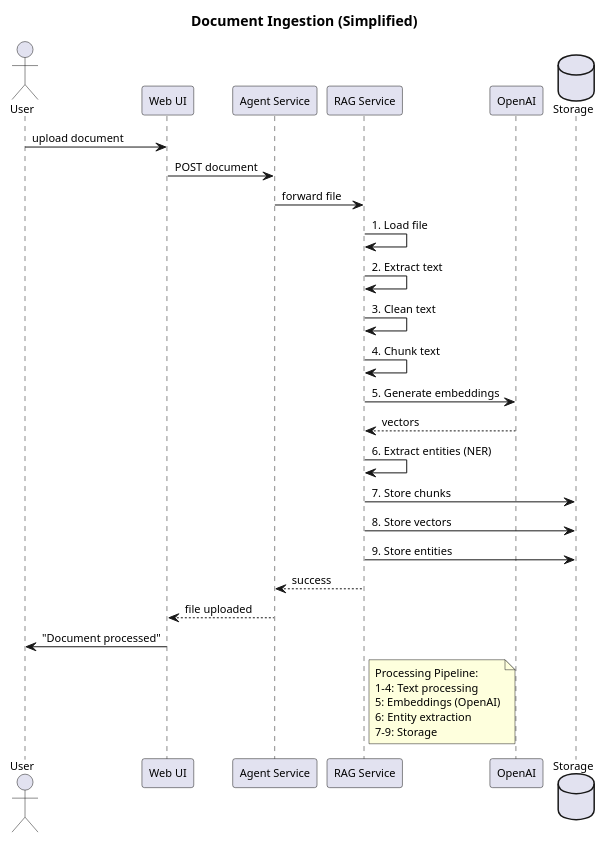
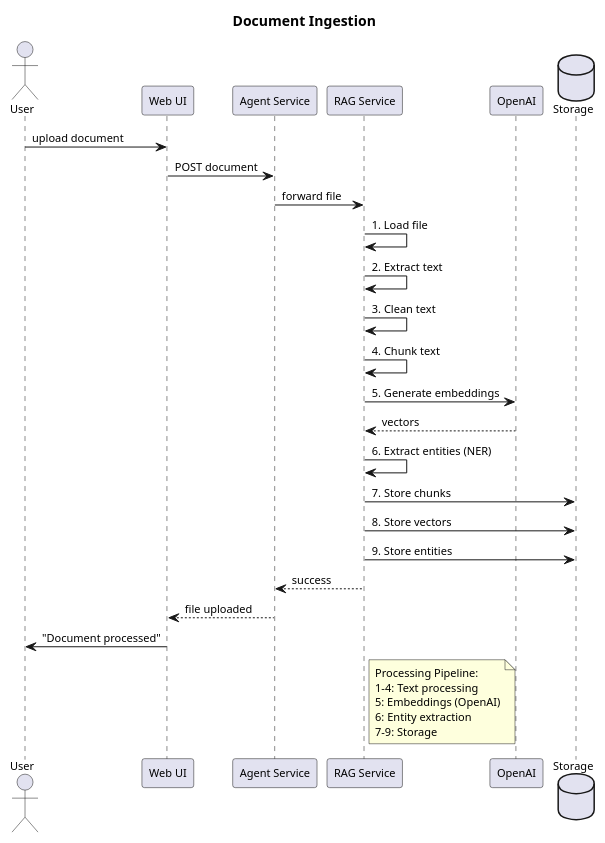
Before and after one commit to HenryNVP/strategic_planning_AI: the diagram in architecture/A4_01_flow_ingestion.puml, drawn with PlantUML. The commit also changed 4 other files, not shown here.

Commit message:
sequences

```diff
--- a/architecture/A4_01_flow_ingestion.puml
+++ b/architecture/A4_01_flow_ingestion.puml
@@ -1,45 +1,45 @@
 @startuml A4_01_flow_ingestion_simple
-title Document Ingestion (Simplified)
+title Document Ingestion
 
 skinparam shadowing false
 skinparam defaultFontName Arial
 skinparam defaultFontSize 11
 
 actor User
 participant "Web UI" as UI
 participant "Agent Service" as AGENT
 participant "RAG Service" as RAG
 participant "OpenAI" as OPENAI
 database "Storage" as DB
 
 User -> UI : upload document
 UI -> AGENT : POST document
 AGENT -> RAG : forward file
 
 RAG -> RAG : 1. Load file
 RAG -> RAG : 2. Extract text
 RAG -> RAG : 3. Clean text
 RAG -> RAG : 4. Chunk text
 
 RAG -> OPENAI : 5. Generate embeddings
 OPENAI --> RAG : vectors
 
 RAG -> RAG : 6. Extract entities (NER)
 
 RAG -> DB : 7. Store chunks
 RAG -> DB : 8. Store vectors
 RAG -> DB : 9. Store entities
 
 RAG --> AGENT : success
 AGENT --> UI : file uploaded
 UI -> User : "Document processed"
 
 note right of RAG
 Processing Pipeline:
 1-4: Text processing
 5: Embeddings (OpenAI)
 6: Entity extraction
 7-9: Storage
 end note
 
 @enduml
```
